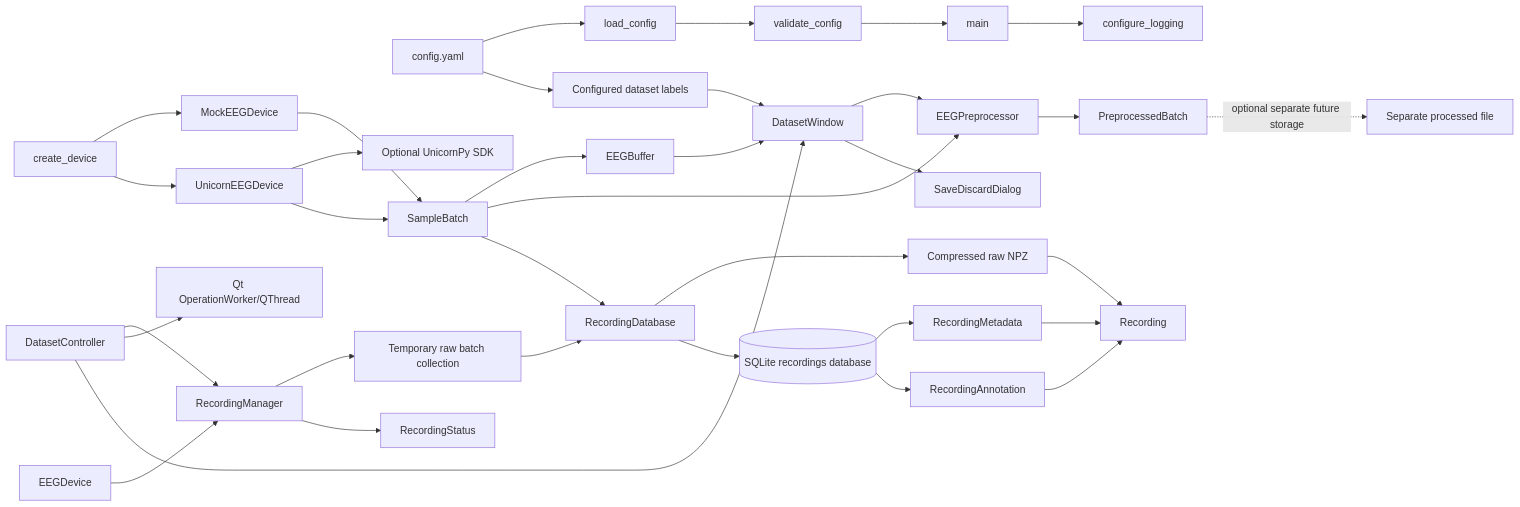
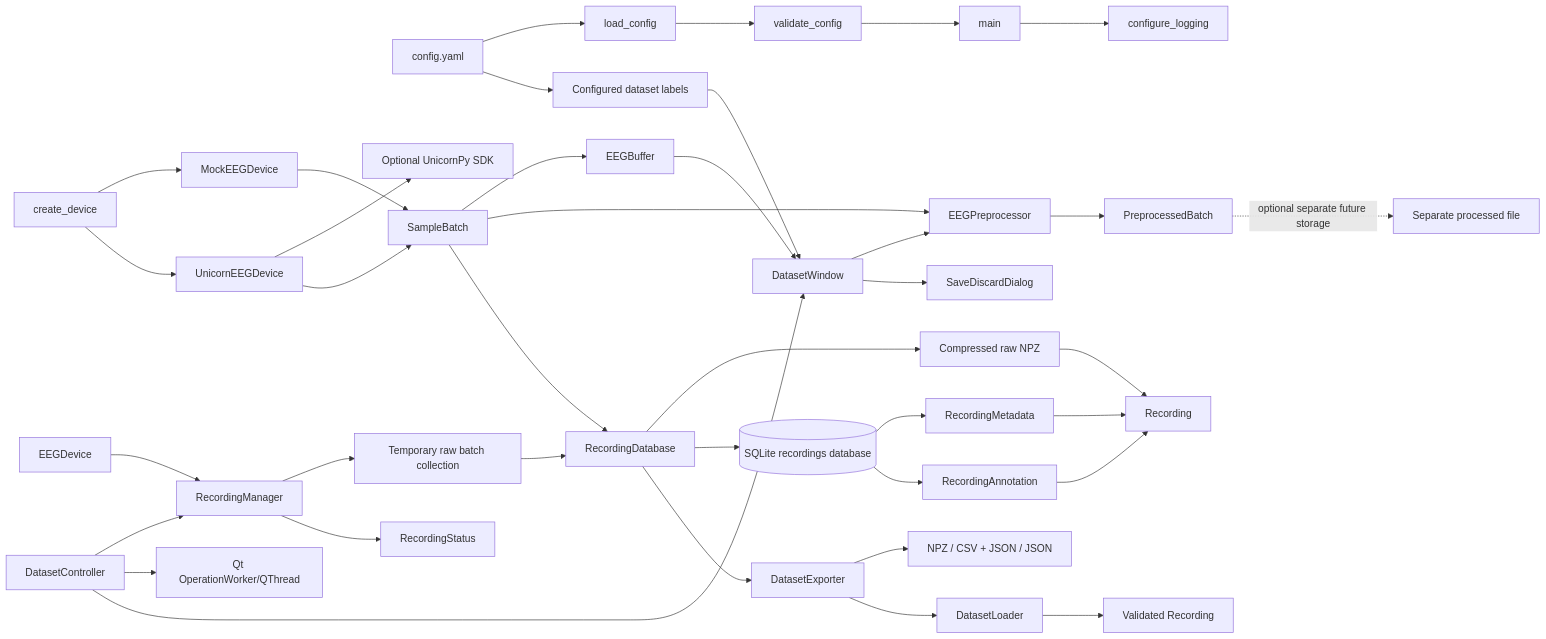
Before and after one commit to rohanchakra16/oxford-hack: the diagram in docs/ARCHITECTURE.md, drawn with Mermaid. The commit also changed other lines of this file and 9 other files, not shown here.

Commit message:
feat: add EEG dataset loading and export [Copilot]

````diff
--- a/docs/ARCHITECTURE.md
+++ b/docs/ARCHITECTURE.md
@@ -8,41 +8,45 @@
 ```mermaid
 flowchart LR
     Config[config.yaml] --> Load[load_config]
     Load --> Validate[validate_config]
     Validate --> Main[main]
     Main --> Logging[configure_logging]
 
     Factory[create_device] --> Mock[MockEEGDevice]
     Factory --> Unicorn[UnicornEEGDevice]
     Unicorn --> SDK[Optional UnicornPy SDK]
     Mock --> Batch[SampleBatch]
     Unicorn --> Batch
 
     Batch --> Buffer[EEGBuffer]
     Buffer --> Window[Recent SampleBatch window]
     Batch --> Pre[EEGPreprocessor]
     Window --> Pre
     Pre --> Processed[PreprocessedBatch]
 
     Batch --> DB[RecordingDatabase]
     DB --> Raw[Compressed raw NPZ]
     DB --> SQLite[(SQLite recordings database)]
     SQLite --> Meta[RecordingMetadata]
     SQLite --> Annotation[RecordingAnnotation]
     Meta --> Recording[Recording]
     Raw --> Recording
     Annotation --> Recording
+    DB --> Exporter[DatasetExporter]
+    Exporter --> ExportFiles[NPZ / CSV + JSON / JSON]
+    Exporter --> Loader[DatasetLoader]
+    Loader --> Loaded[Validated Recording]
 
     Device[EEGDevice] --> Manager[RecordingManager]
     Manager --> Temp[Temporary raw batch collection]
     Temp --> DB
     Manager --> Status[RecordingStatus]
     Controller[DatasetController] --> Manager
     Controller --> Worker[Qt OperationWorker/QThread]
     Controller --> Window[DatasetWindow]
     Window --> Dialog[SaveDiscardDialog]
     Config --> Labels[Configured dataset labels]
     Labels --> Window
 
     Processed -. optional separate future storage .-> ProcessedFile[Separate processed file]
 ```
````
